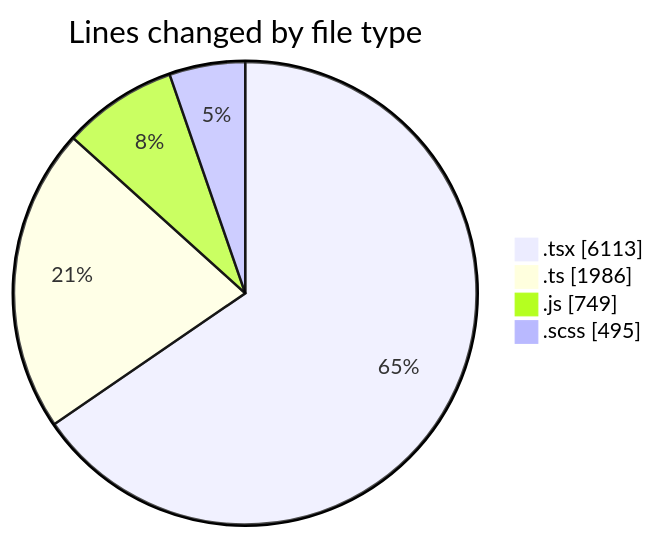
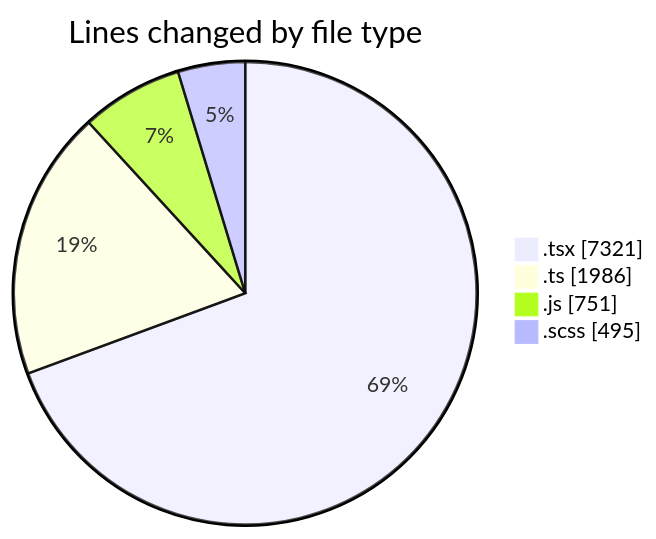
Before and after one commit to momahboobian/code-tracking: the first of 2 diagrams in 2026-06-10/cda/README.md, drawn with Mermaid. The commit also changed other lines of this file and 1 other file, not shown here.

````diff
--- a/2026-06-10/cda/README.md
+++ b/2026-06-10/cda/README.md
@@ -59,8 +62,8 @@
 ```mermaid
 pie showData
 title Lines changed by file type
-".tsx" : 6113
+".tsx" : 7321
 ".ts" : 1986
-".js" : 749
+".js" : 751
 ".scss" : 495
 ```
````
